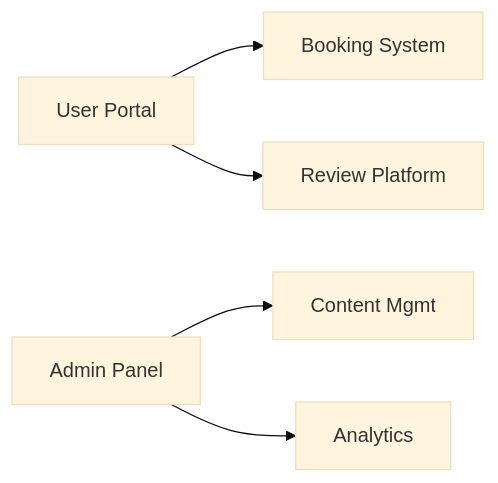
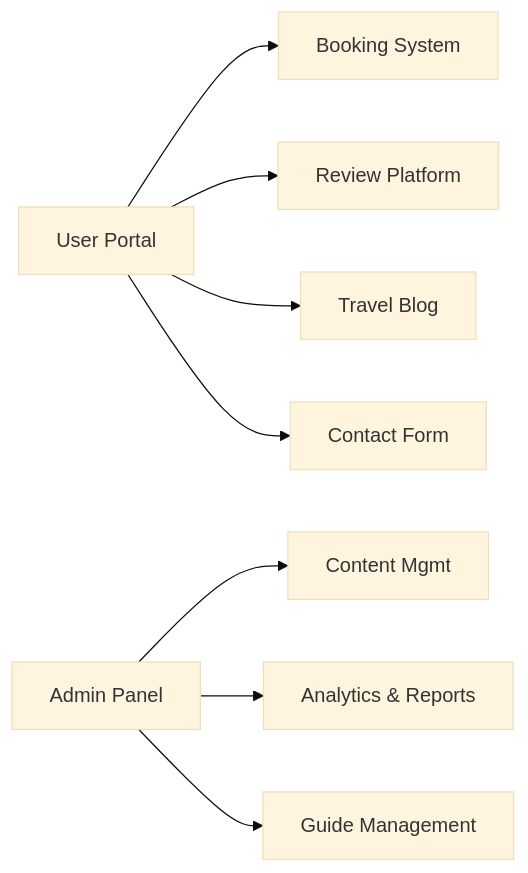
The diagram in README.md (antalaraj/tour-and-travel-website), drawn with Mermaid (base theme) before and after one commit. The commit also changed other lines of this file, not shown here.

````diff
--- a/README.md
+++ b/README.md
@@ -63,7 +71,10 @@
 ```mermaid
 graph LR
     A[User Portal] --> B[Booking System]
     A --> C[Review Platform]
+    A --> G[Travel Blog]
+    A --> H[Contact Form]
     D[Admin Panel] --> E[Content Mgmt]
-    D --> F[Analytics]
+    D --> F[Analytics & Reports]
+    D --> I[Guide Management]
 ```
````
